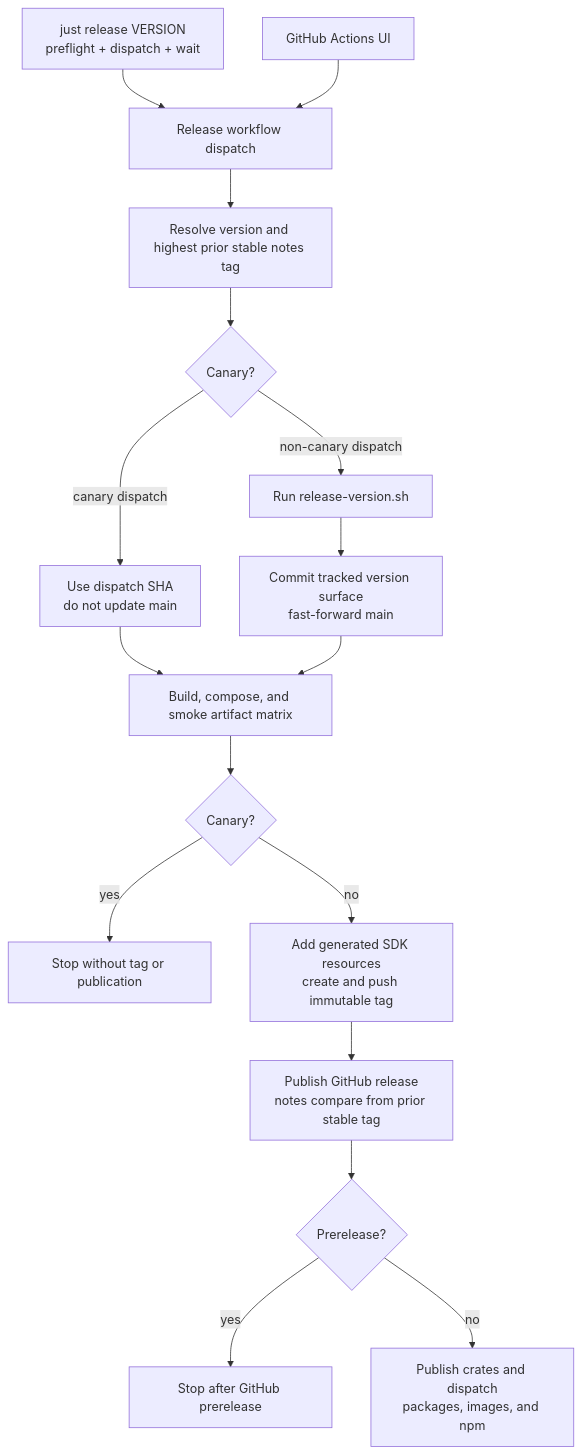
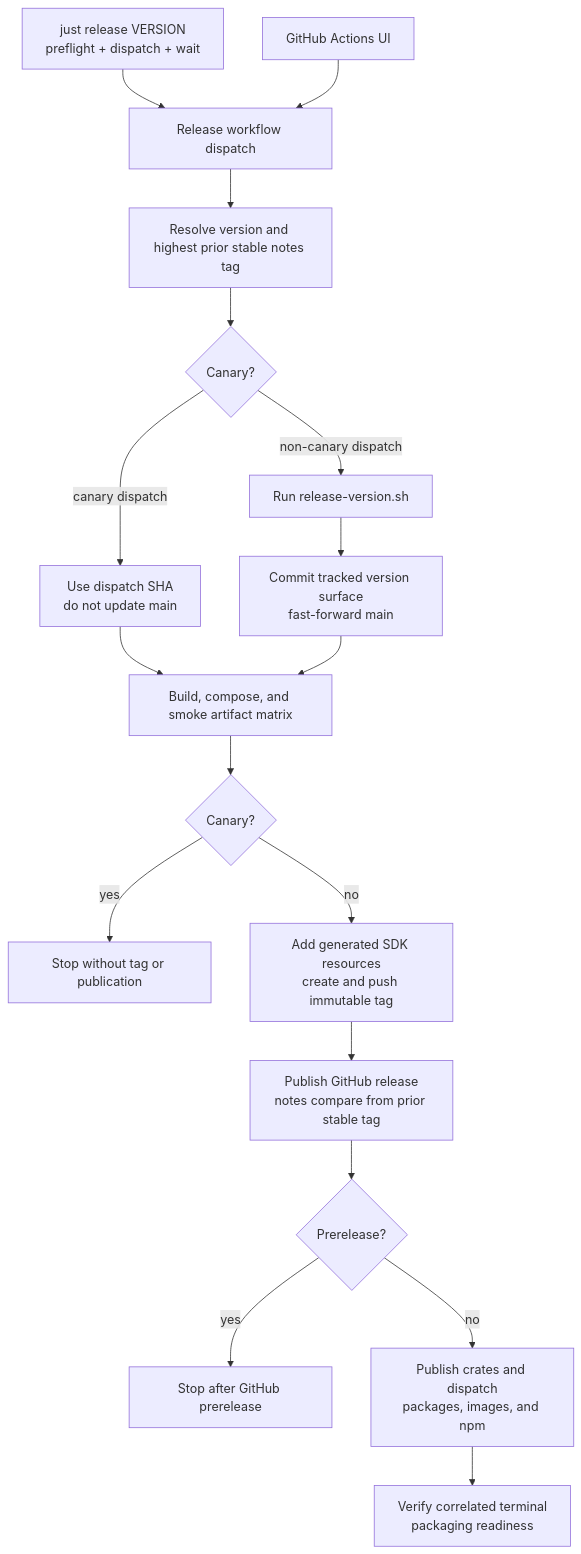
The first of 2 diagrams in ci/ci.md (Mesh-LLM/mesh-llm), drawn with Mermaid before and after one commit. The commit also changed other lines of this file and 4 other files, not shown here.

Commit message:
ci: require identity-bound terminal packaging readiness

````diff
--- a/ci/ci.md
+++ b/ci/ci.md
@@ -487,19 +496,20 @@
 ```mermaid
 flowchart TD
     JUST["just release VERSION<br/>preflight + dispatch + wait"] --> DISPATCH["Release workflow dispatch"]
     UI["GitHub Actions UI"] --> DISPATCH
     DISPATCH --> META["Resolve version and highest prior stable notes tag"]
     META --> PATH{"Canary?"}
     PATH -- "canary dispatch" --> CANARY["Use dispatch SHA<br/>do not update main"]
     PATH -- "non-canary dispatch" --> BUMP["Run release-version.sh"]
     BUMP --> VERSION_COMMIT["Commit tracked version surface<br/>fast-forward main"]
     CANARY --> BUILD["Build, compose, and smoke artifact matrix"]
     VERSION_COMMIT --> BUILD
     BUILD --> PUBLISHABLE{"Canary?"}
     PUBLISHABLE -- "yes" --> CANARY_DONE["Stop without tag or publication"]
     PUBLISHABLE -- "no" --> PREPARE_TAG["Add generated SDK resources<br/>create and push immutable tag"]
     PREPARE_TAG --> RELEASE["Publish GitHub release<br/>notes compare from prior stable tag"]
     RELEASE --> KIND{"Prerelease?"}
     KIND -- "yes" --> RC_DONE["Stop after GitHub prerelease"]
     KIND -- "no" --> DOWNSTREAM["Publish crates and dispatch<br/>packages, images, and npm"]
+    DOWNSTREAM --> RECEIPT["Verify correlated terminal<br/>packaging readiness"]
 ```
````
